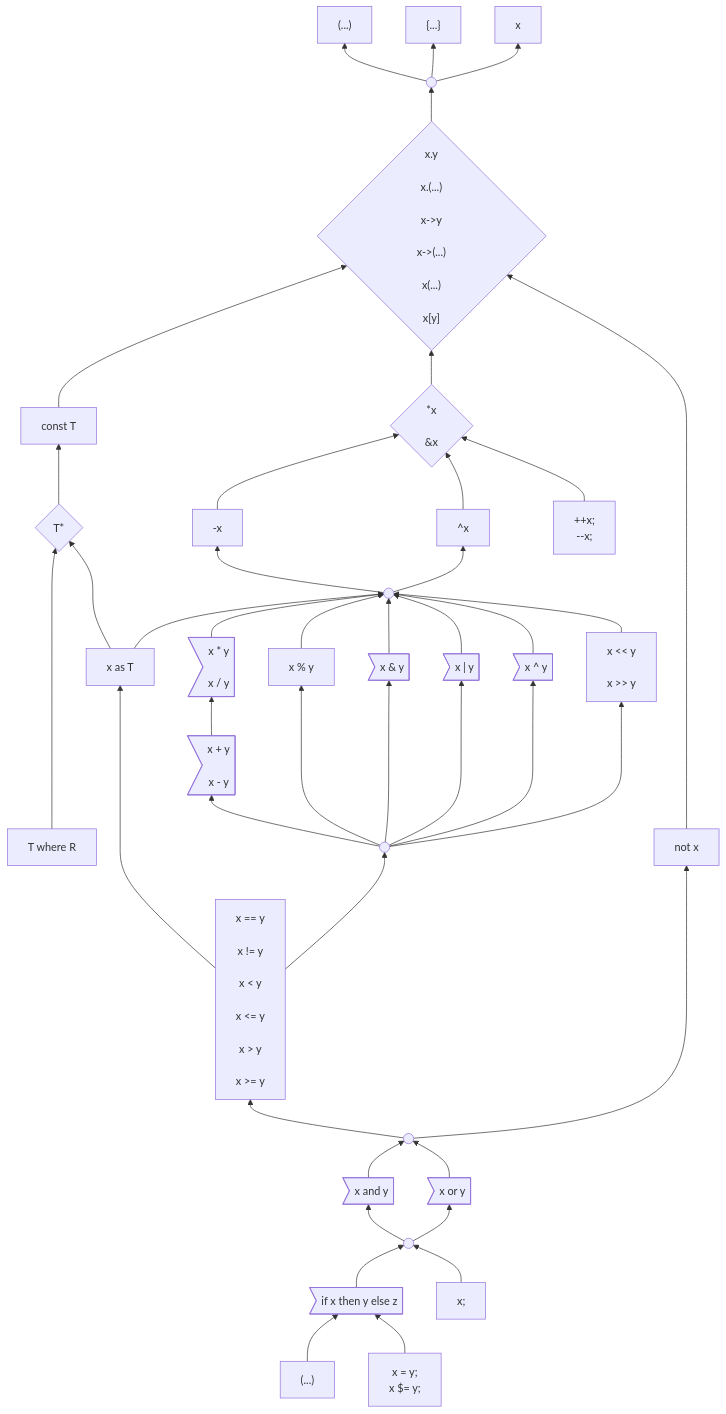
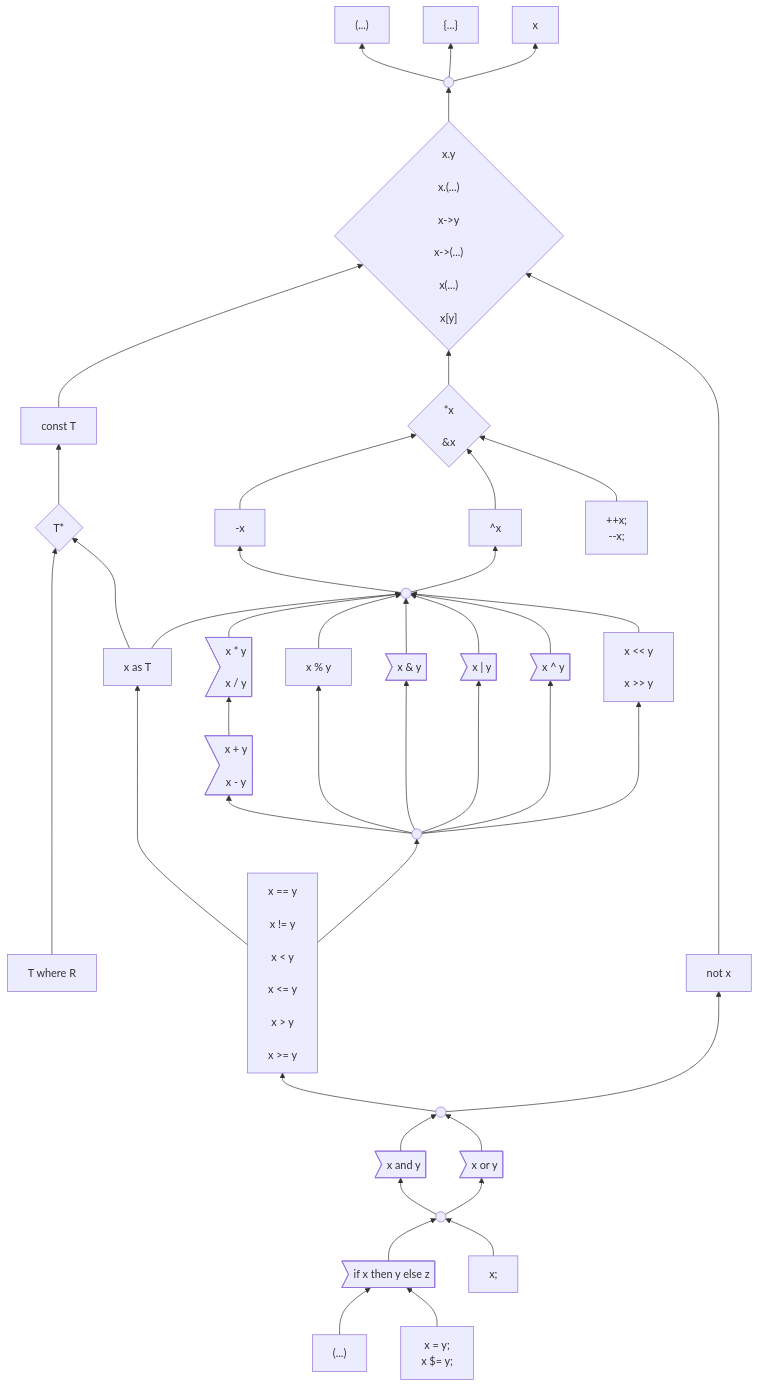
One commit to carbon-language/carbon-lang changed the first of 3 diagrams in docs/design/expressions/README.md. Above: the diagram before and after it, drawn with Mermaid.

Commit message:
Checkpoint progress.

```diff
--- a/docs/design/expressions/README.md
+++ b/docs/design/expressions/README.md
@@ -159,14 +159,14 @@
 
     constType --> suffixOps
     pointerType --> constType
-    where -----> pointerType
+    where ------> pointerType
     as --> pointerType
 
     pointer --> suffixOps
     negation & complement & incDec --> pointer
     unary --> negation & complement
     %% Use a longer arrow here to put `not` next to `and` and `or`.
-    not -------> suffixOps
+    not --------> suffixOps
     as & multiplication & modulo & bitwise_and & bitwise_or & bitwise_xor & shift --> unary
     addition --> multiplication
     binaryOps --> addition & modulo & bitwise_and & bitwise_or & bitwise_xor & shift
```
